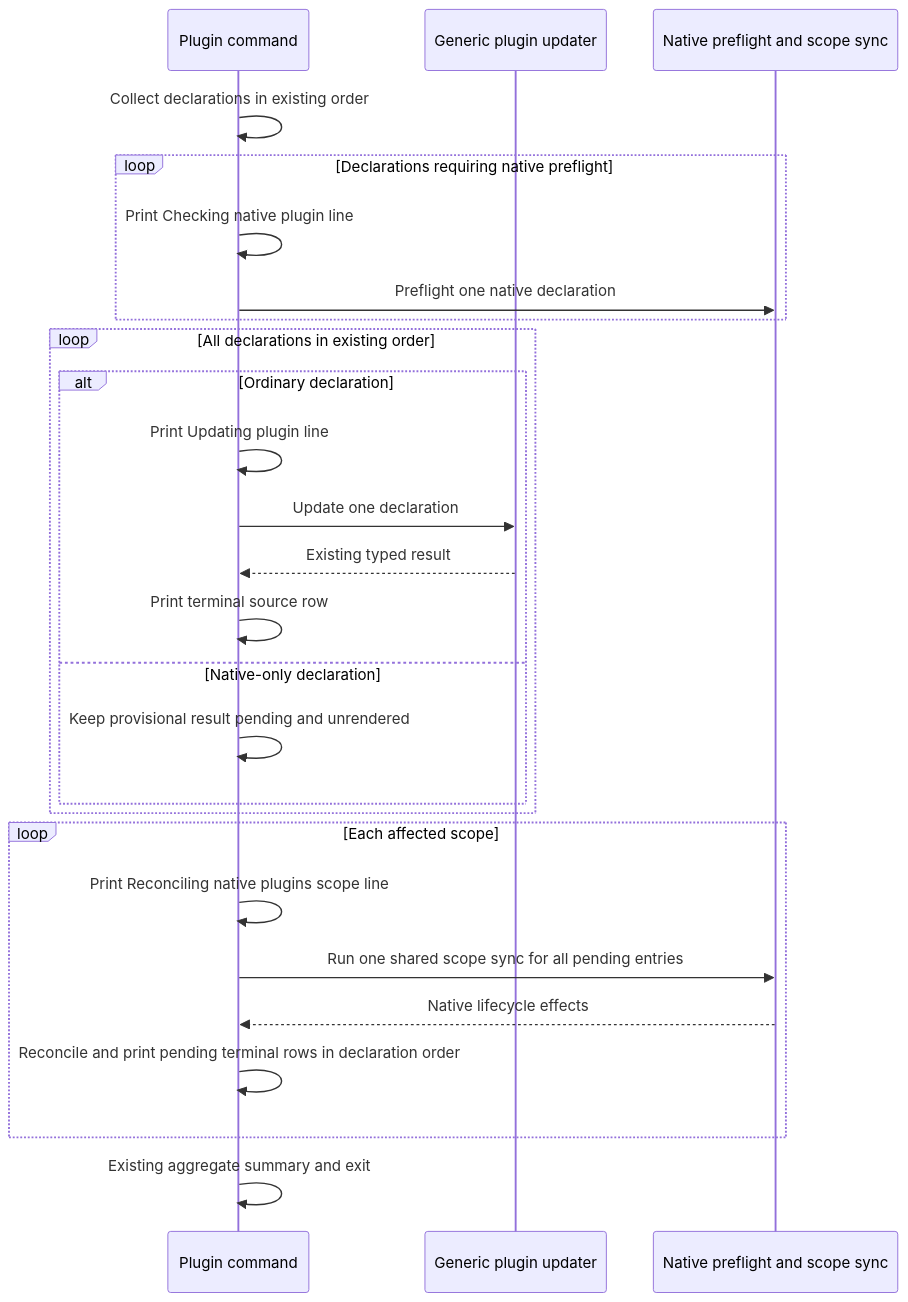
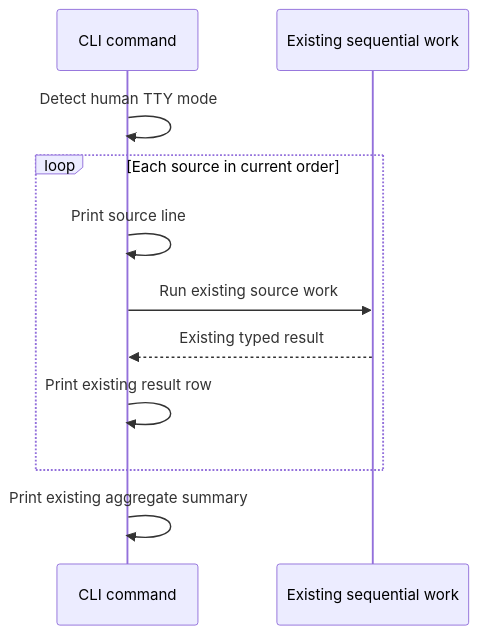
Before and after one commit to allagentsdev/allagents: the diagram in docs/plans/2026-09-21-1130-feat-progressive-update-status-plan.md, drawn with Mermaid. The commit also changed other lines of this file, not shown here.

Commit message:
docs(cli): simplify progressive status plan

````diff
--- a/docs/plans/2026-09-21-1130-feat-progressive-update-status-plan.md
+++ b/docs/plans/2026-09-21-1130-feat-progressive-update-status-plan.md
@@ -157,29 +89,14 @@
 ```mermaid
 sequenceDiagram
-  participant C as Plugin command
-  participant U as Generic plugin updater
-  participant S as Native preflight and scope sync
+  participant C as CLI command
+  participant W as Existing sequential work
 
-  C->>C: Collect declarations in existing order
-  loop Declarations requiring native preflight
-    C->>C: Print Checking native plugin line
-    C->>S: Preflight one native declaration
+  C->>C: Detect human TTY mode
+  loop Each source in current order
+    C->>C: Print source line
+    C->>W: Run existing source work
+    W-->>C: Existing typed result
+    C->>C: Print existing result row
   end
-  loop All declarations in existing order
-    alt Ordinary declaration
-      C->>C: Print Updating plugin line
-      C->>U: Update one declaration
-      U-->>C: Existing typed result
-      C->>C: Print terminal source row
-    else Native-only declaration
-      C->>C: Keep provisional result pending and unrendered
-    end
-  end
-  loop Each affected scope
-    C->>C: Print Reconciling native plugins scope line
-    C->>S: Run one shared scope sync for all pending entries
-    S-->>C: Native lifecycle effects
-    C->>C: Reconcile and print pending terminal rows in declaration order
-  end
-  C->>C: Existing aggregate summary and exit
+  C->>C: Print existing aggregate summary
 ```
````
